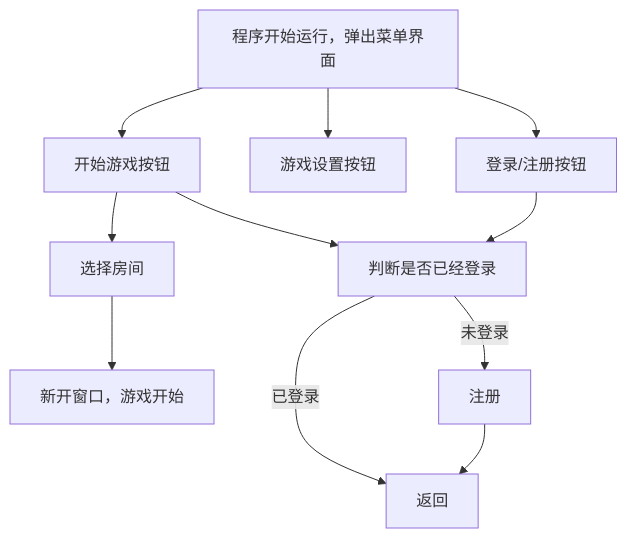
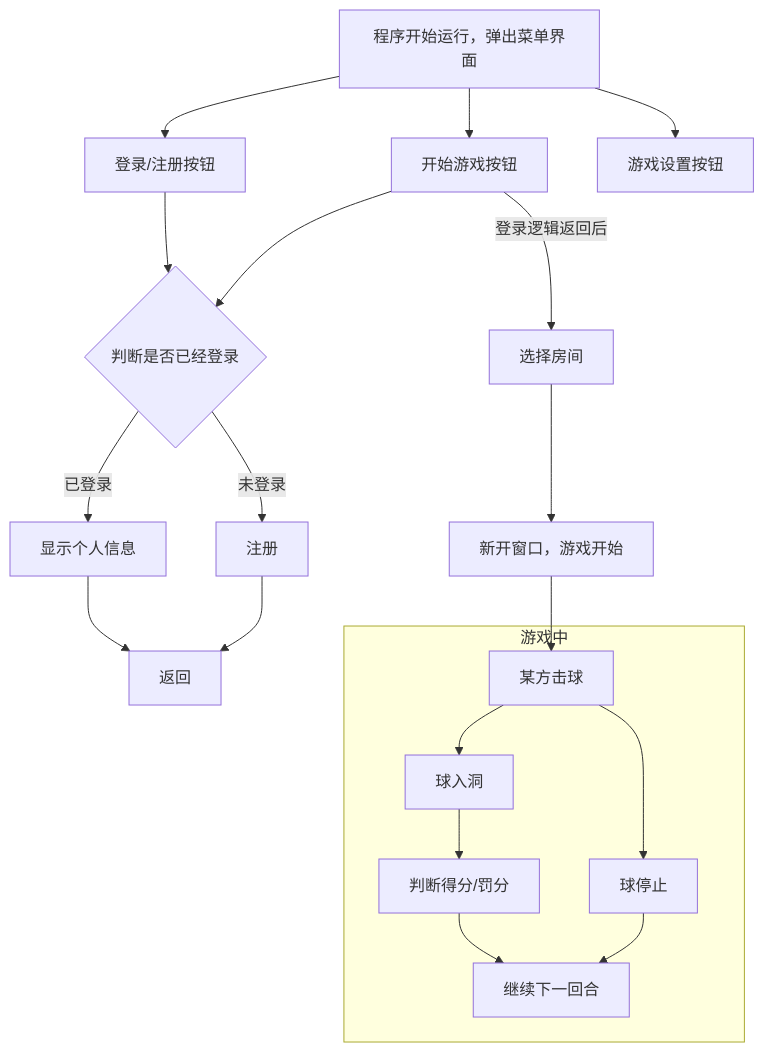
Before and after one commit to Simpidbit/tbtennis: the second of 2 diagrams in README.md, drawn with Mermaid. The commit also changed other lines of this file, not shown here.

Commit message:
更新程序逻辑

````diff
--- a/README.md
+++ b/README.md
@@ -72,27 +72,44 @@
 ```mermaid
 flowchart TD;
 
 step1["程序开始运行，弹出菜单界面"];
 
     step2_game["开始游戏按钮"];
     step2_settings["游戏设置按钮"];
     step2_log["登录/注册按钮"];
 
-        step3_islogin["判断是否已经登录"];
+        step3_islogin{"判断是否已经登录"};
+        	step4_info["显示个人信息"];
         	step4_register["注册"];
     	step3_game["选择房间"];
     		step4_game["新开窗口，游戏开始"];
 
-step2_game-->step3_game-->step4_game;
-
-step1-->step2_game-->step3_islogin;
-step1-->step2_settings;
-step1-->step2_log-->step3_islogin;
 
 
 
-step3_islogin--"已登录"-->返回;
+step1-->step2_log-->step3_islogin;
+
+step1-->step2_game-->step3_islogin;
+
+step1-->step2_settings;
+
+step3_islogin--"已登录"-->step4_info-->返回;
 step3_islogin--"未登录"-->step4_register-->返回;
+
+step2_game--"登录逻辑返回后"-->step3_game-->step4_game-->gaming_hit;
+
+subgraph "游戏中";
+	gaming_hit["某方击球"];
+	gaming_hole["球入洞"];
+	gaming_score["判断得分/罚分"];
+	gaming_ballstop["球停止"];
+	
+	gaming_continue["继续下一回合"];
+	
+	gaming_hit-->gaming_hole-->gaming_score-->gaming_continue;
+    gaming_hit-->gaming_ballstop-->gaming_continue;
+end;
+
 
 
 ```
````
